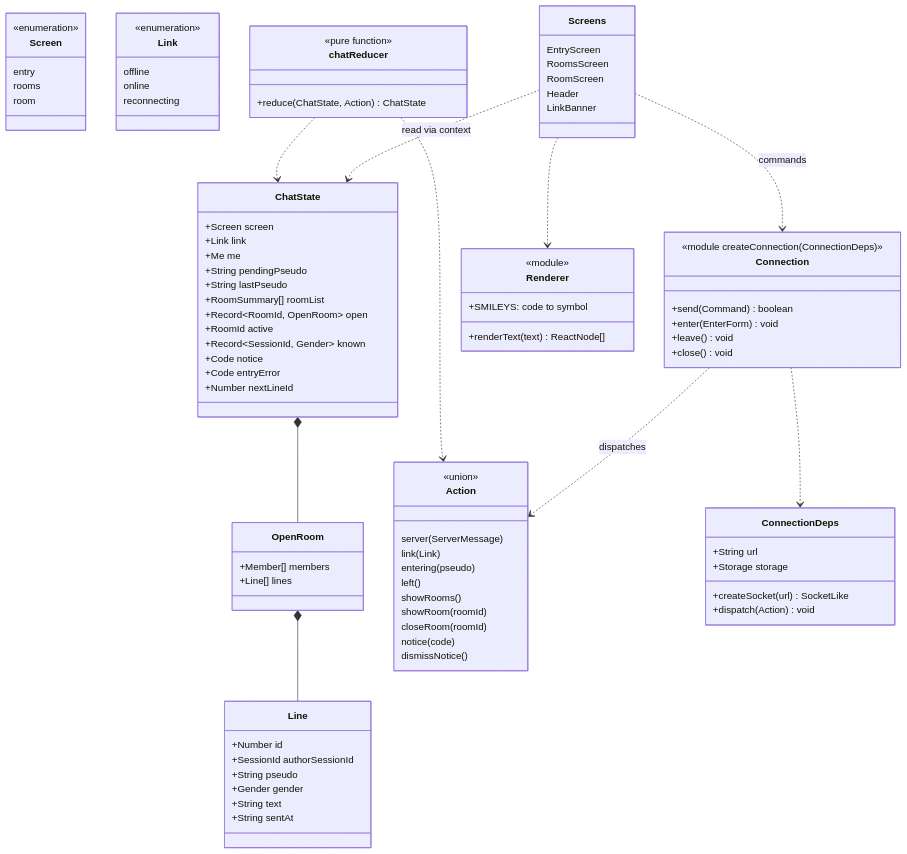
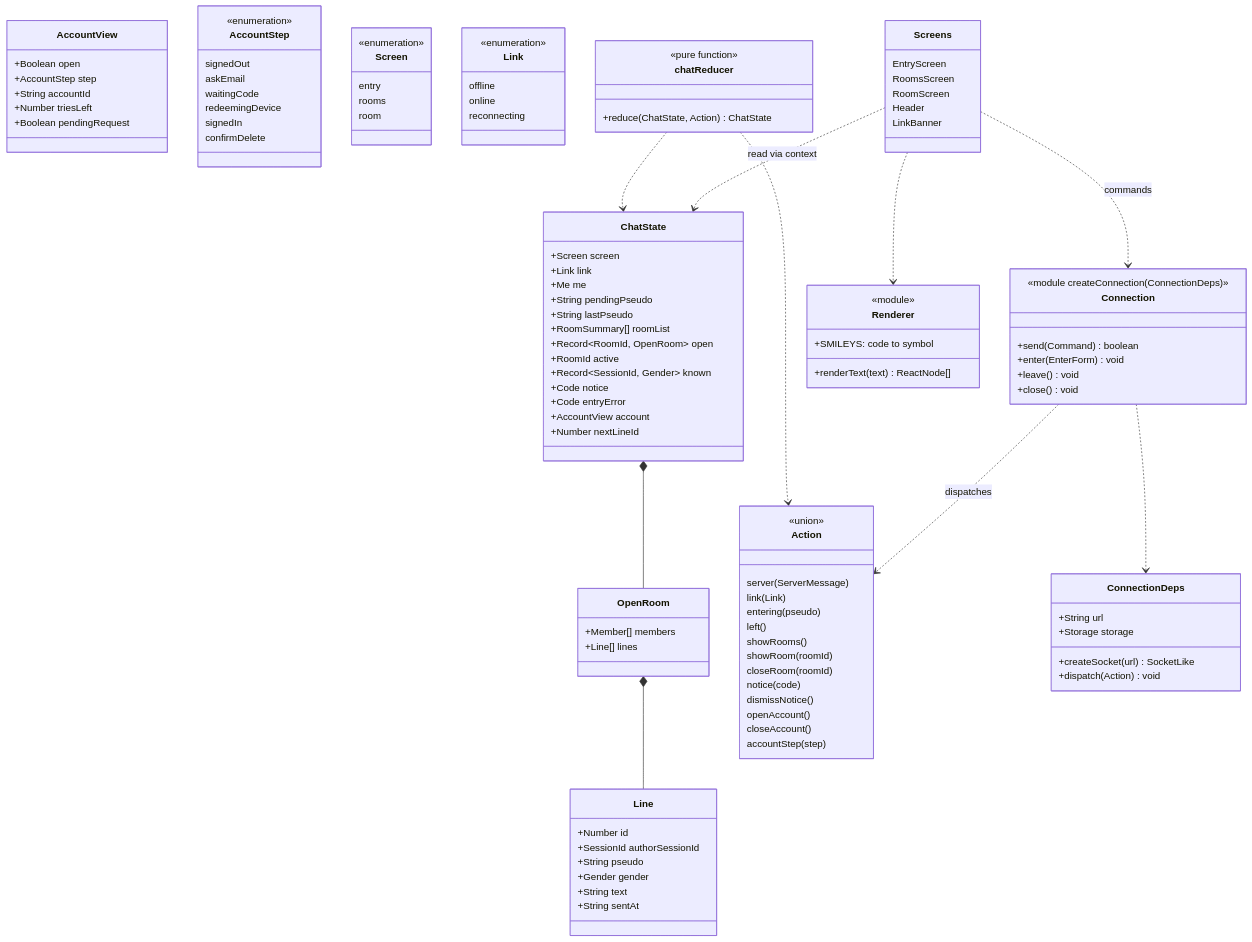
One commit to benoit-bremaud/asv changed the diagram in docs/architecture/diagrams/web-ui/04-class-client-state.md. Above: the diagram before and after it, drawn with Mermaid. The commit also changed other lines of this file and 63 other files, not shown here.

First line of the commit message:
feat(accounts): brick 5 — e-mail code sign-in, device cookie, encryption at rest (#33)

```diff
--- a/docs/architecture/diagrams/web-ui/04-class-client-state.md
+++ b/docs/architecture/diagrams/web-ui/04-class-client-state.md
@@ -28,7 +28,24 @@
     +Record~SessionId, Gender~ known
     +Code notice
     +Code entryError
+    +AccountView account
     +Number nextLineId
+  }
+  class AccountView {
+    +Boolean open
+    +AccountStep step
+    +String accountId
+    +Number triesLeft
+    +Boolean pendingRequest
+  }
+  class AccountStep {
+    <<enumeration>>
+    signedOut
+    askEmail
+    waitingCode
+    redeemingDevice
+    signedIn
+    confirmDelete
   }
   class Screen {
     <<enumeration>>
@@ -65,6 +82,9 @@
     closeRoom(roomId)
     notice(code)
     dismissNotice()
+    openAccount()
+    closeAccount()
+    accountStep(step)
   }
   class chatReducer {
     <<pure function>>
```
